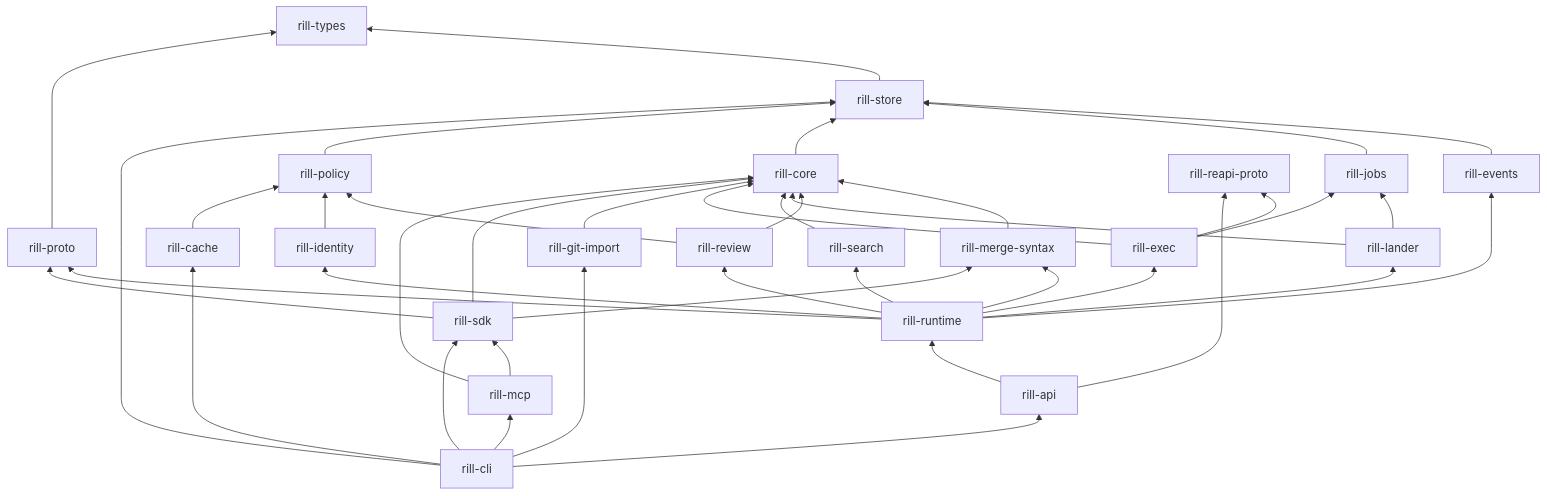
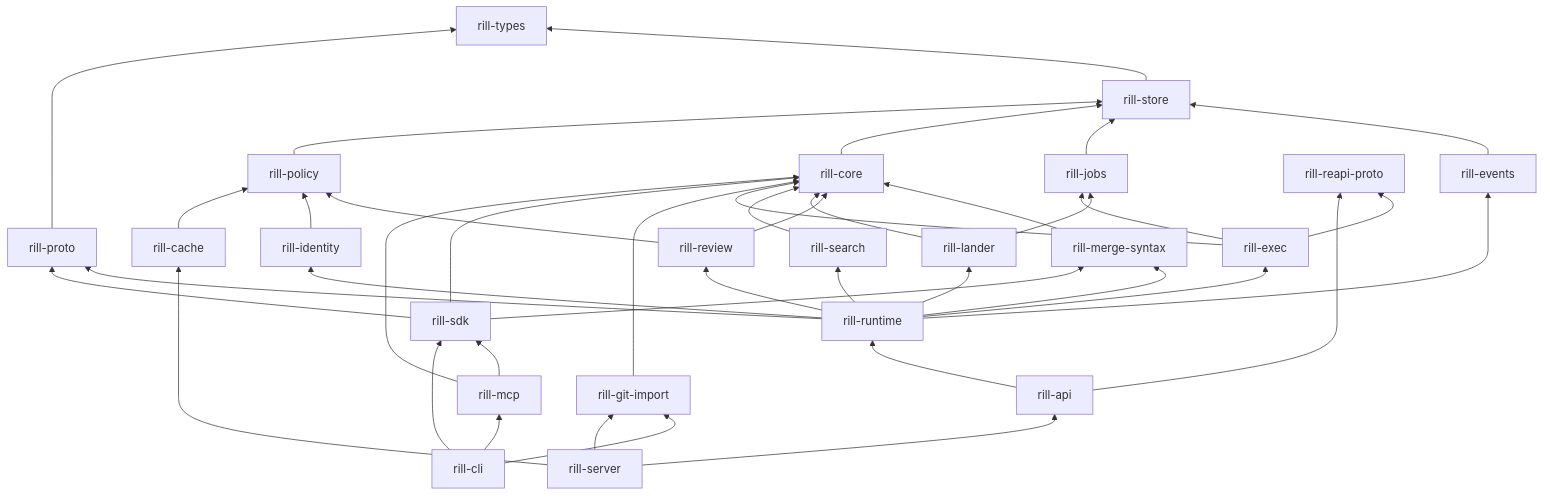
The diagram in architecture/01-overview/crates-and-layering.md (envoy1084/rill), drawn with Mermaid before and after one commit. The commit also changed other lines of this file and 49 other files, not shown here.

First line of the commit message:
server: the services ship as rill-server; rill is the client (ADR 020)

````diff
--- a/architecture/01-overview/crates-and-layering.md
+++ b/architecture/01-overview/crates-and-layering.md
@@ -71,24 +72,25 @@
 ```mermaid
 flowchart BT
   types[rill-types]
   store[rill-store] --> types
   events[rill-events] --> store
   jobs[rill-jobs] --> store
   core[rill-core] --> store
   mergesyn[rill-merge-syntax] --> core
   policy[rill-policy] --> store
   review[rill-review] --> core & policy
   lander[rill-lander] --> core & jobs
   search[rill-search] --> core
   exec[rill-exec] --> core & jobs & reapi
   reapi[rill-reapi-proto]
   import[rill-git-import] --> core
   identity[rill-identity] --> policy
   proto[rill-proto] --> types
   runtime[rill-runtime] --> review & lander & search & exec & identity & proto & events & mergesyn
   api[rill-api] --> runtime & reapi
   cache[rill-cache] --> policy
   sdk[rill-sdk] --> proto & core & mergesyn
   mcp[rill-mcp] --> sdk & core
-  cli[rill-cli] --> sdk & mcp & api & cache & store & import
+  cli[rill-cli] --> sdk & mcp & import
+  server[rill-server] --> api & cache & import
 ```
````
